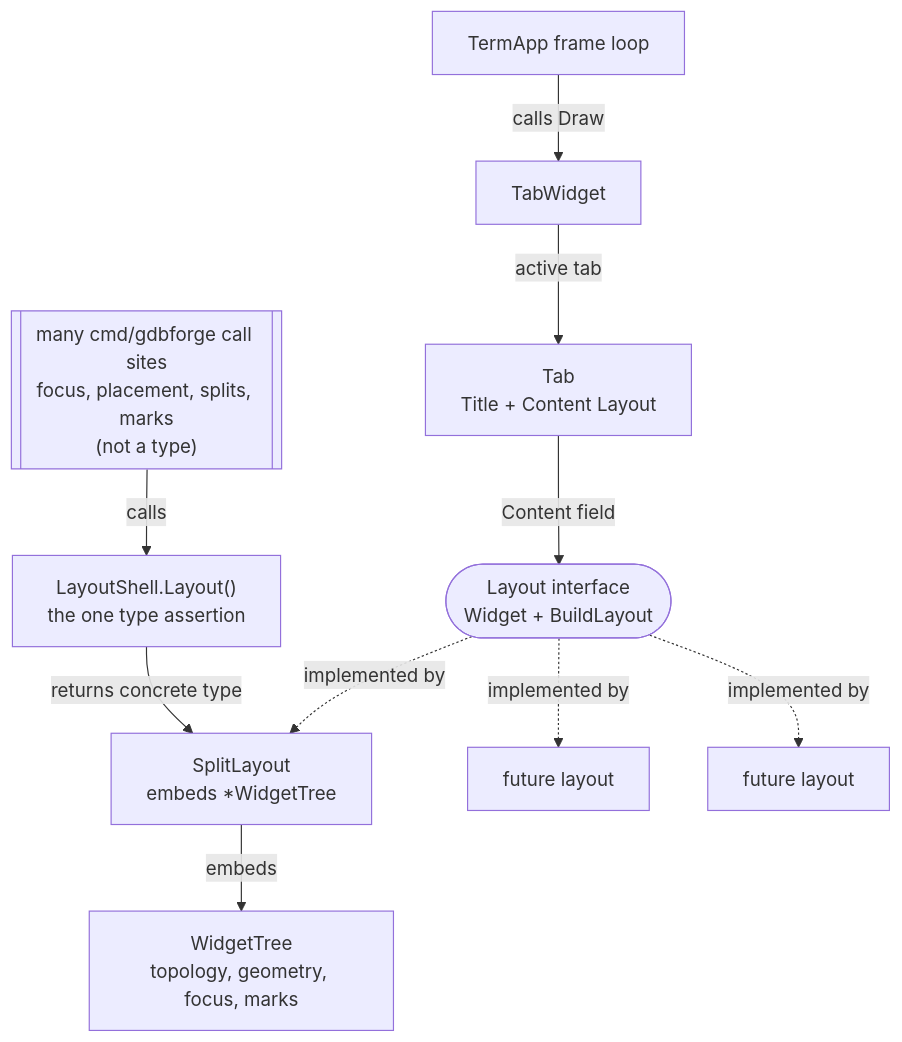
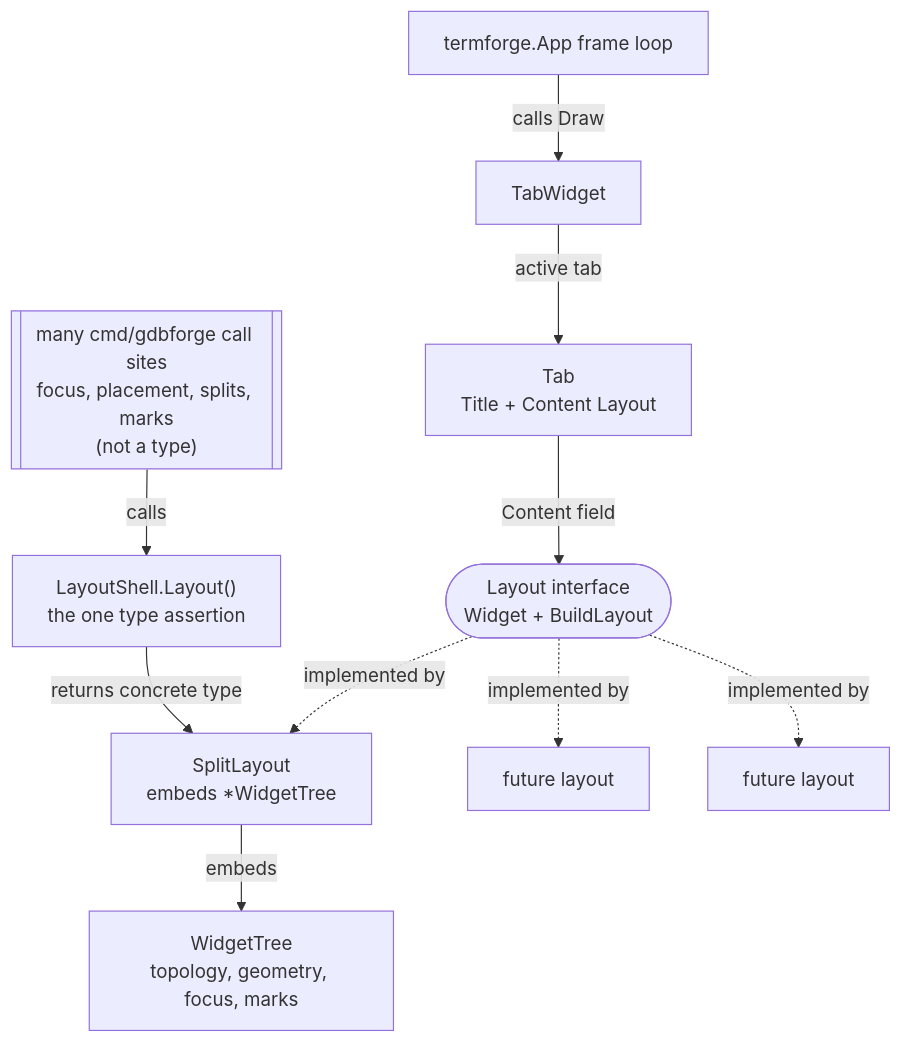
The diagram in docs/diagrams/tab_layout.mermaid (yairgd/gdbforge), drawn with Mermaid before and after one commit. The commit also changed 18 other files, not shown here.

```diff
--- a/docs/diagrams/tab_layout.mermaid
+++ b/docs/diagrams/tab_layout.mermaid
@@ -1,25 +1,25 @@
 %% Tab is a generic Layout container: two separate routes to SplitLayout.
 %% Solid arrows are runtime use (call / field / embed); dotted arrows are
 %% the implements relationship. Stadium node = interface, double-barred
 %% node = a set of call sites rather than a type.
 flowchart TD
-    TermApp["TermApp frame loop"]
+    TFApp["termforge.App frame loop"]
     TabW["TabWidget"]
     Tab["Tab<br/>Title + Content Layout"]
     Iface(["Layout interface<br/>Widget + BuildLayout"])
     SL["SplitLayout<br/>embeds *WidgetTree"]
     WT["WidgetTree<br/>topology, geometry, focus, marks"]
     FutureA["future layout"]
     FutureB["future layout"]
     Shell["LayoutShell.Layout()<br/>the one type assertion"]
     AppCode[["many cmd/gdbforge call sites<br/>focus, placement, splits, marks<br/>(not a type)"]]
 
-    TermApp -->|"calls Draw"| TabW
+    TFApp -->|"calls Draw"| TabW
     TabW -->|"active tab"| Tab
     Tab -->|"Content field"| Iface
     Iface -.->|"implemented by"| SL
     Iface -.->|"implemented by"| FutureA
     Iface -.->|"implemented by"| FutureB
     SL -->|"embeds"| WT
     AppCode -->|"calls"| Shell
     Shell -->|"returns concrete type"| SL
```
